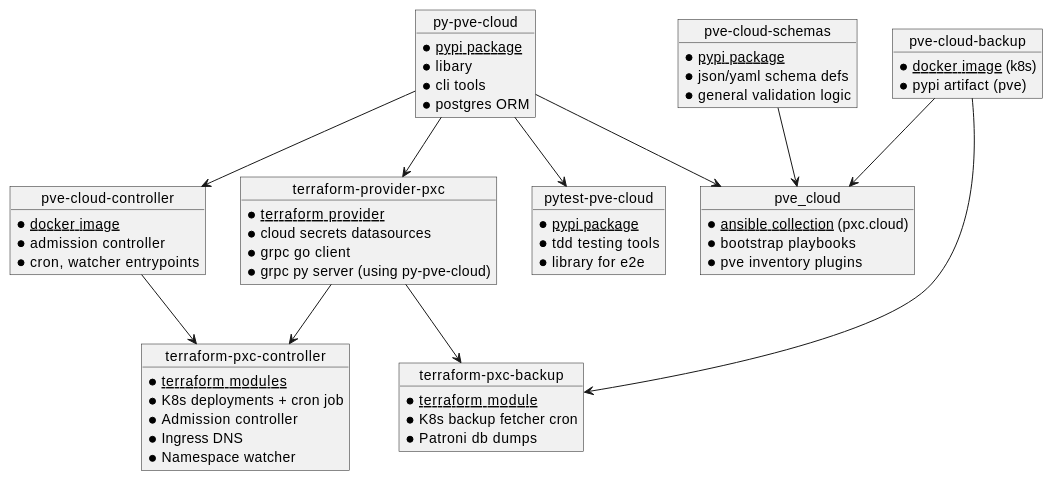
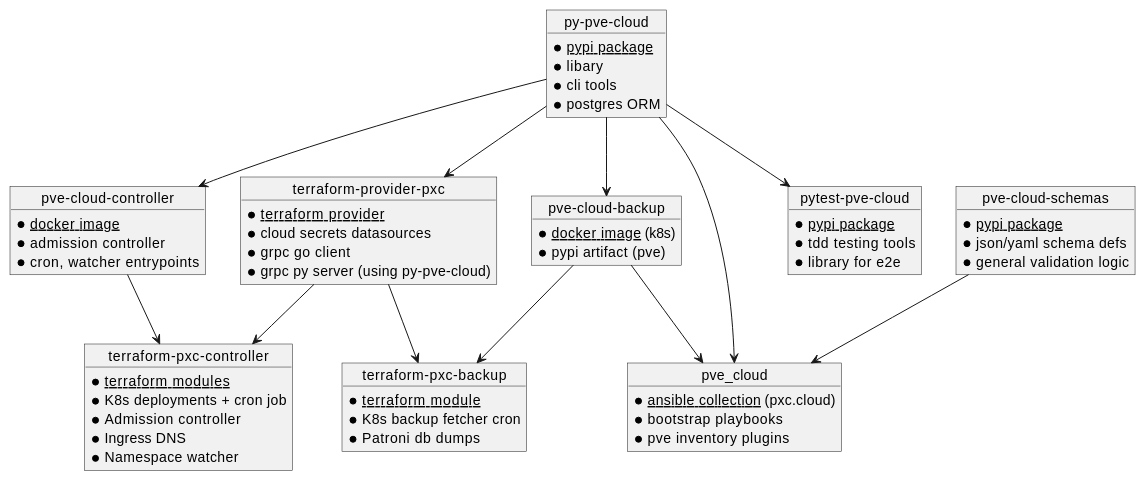
The diagram in docs/index.md (Proxmox-Cloud/pve_cloud), drawn with PlantUML before and after one commit. The commit also changed other lines of this file and 8 other files, not shown here.

````diff
--- a/docs/index.md
+++ b/docs/index.md
@@ -24,81 +23,82 @@
 ```puml
 @startuml
 
 ' Top-down hierarchy
 top to bottom direction
 
 ' Define objects instead of packages
 object "py-pve-cloud" as py_pve_cloud {
    * <u>pypi package</u>
    * libary
    * cli tools
    * postgres ORM
 }
 
 object "terraform-provider-pxc" as terraform_provider {
   * <u>terraform provider</u>
   * cloud secrets datasources
   * grpc go client
   * grpc py server (using py-pve-cloud)
 }
 
 object "terraform-pxc-controller" as controller_module {
   * <u>terraform modules</u>
   * K8s deployments + cron job
   * Admission controller
   * Ingress DNS
   * Namespace watcher
 }
 
 object "terraform-pxc-backup" as backup_module {
   * <u>terraform module</u>
   * K8s backup fetcher cron
   * Patroni db dumps
 }
 
 object "pve-cloud-controller" as controller_image {
   * <u>docker image</u>
   * admission controller
   * cron, watcher entrypoints
 }
 
 object "pve-cloud-backup" as backup_image {
   * <u>docker image</u> (k8s)
   * pypi artifact (pve)
 }
 
 object "pve_cloud" as cloud_collection {
   * <u>ansible collection</u> (pxc.cloud)
   * bootstrap playbooks
   * pve inventory plugins
 }
 
 object "pve-cloud-schemas" as cloud_schemas {
   * <u>pypi package</u>
   * json/yaml schema defs
   * general validation logic
 }
 
 object "pytest-pve-cloud" as pytest_pve_cloud {
   * <u>pypi package</u>
   * tdd testing tools
   * library for e2e
 }
 
 ' Define edges (dependencies)
 py_pve_cloud --> cloud_collection
 py_pve_cloud --> controller_image
 py_pve_cloud --> pytest_pve_cloud
 py_pve_cloud --> terraform_provider
+py_pve_cloud --> backup_image
 
 terraform_provider --> controller_module
 terraform_provider --> backup_module
 
 controller_image --> controller_module
 backup_image --> backup_module
 backup_image --> cloud_collection
 
 cloud_schemas --> cloud_collection
 
 @enduml
 ```
````
